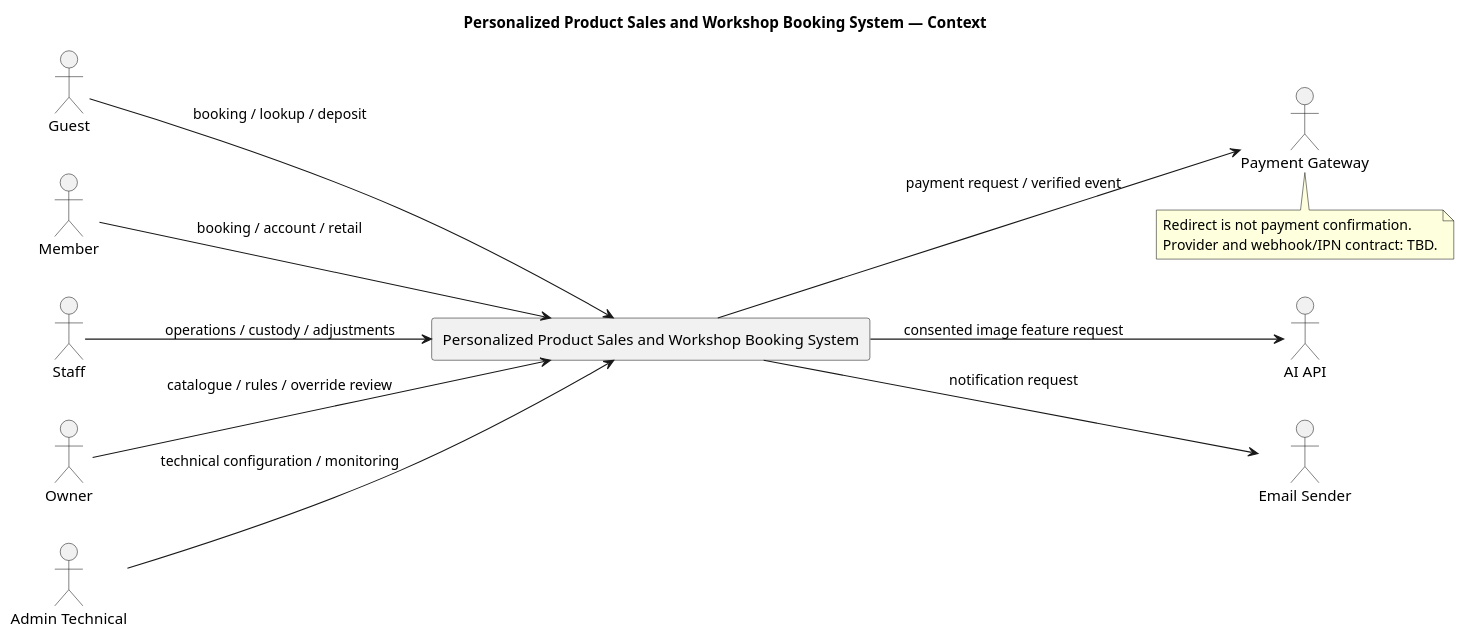
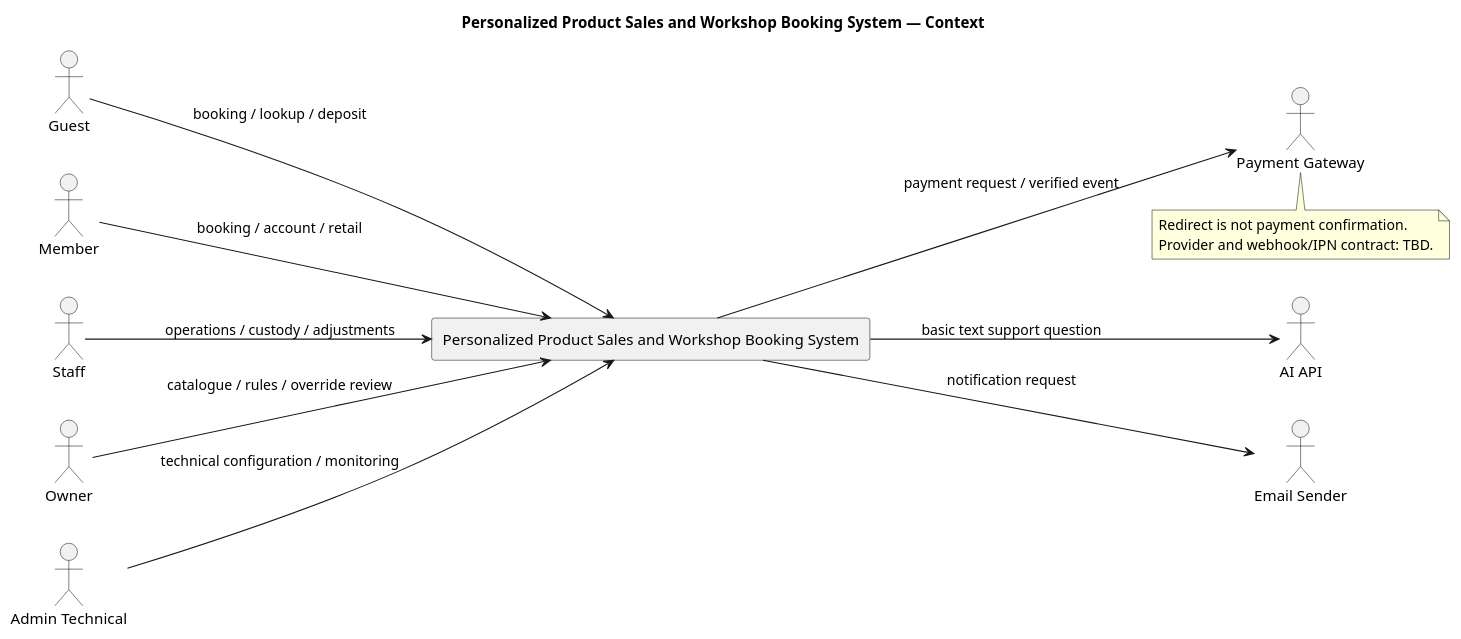
One commit to quoc-ca/mland-operations-hub changed the diagram in documents/docs/report-3-software-requirement-specification/assets/diagrams/context.puml. Above: the diagram before and after it, drawn with PlantUML. The commit also changed 52 other files, not shown here.

```diff
--- a/documents/docs/report-3-software-requirement-specification/assets/diagrams/context.puml
+++ b/documents/docs/report-3-software-requirement-specification/assets/diagrams/context.puml
@@ -1,27 +1,27 @@
 @startuml
 !pragma charset UTF-8
 title Personalized Product Sales and Workshop Booking System — Context
 left to right direction
 skinparam shadowing false
 actor Guest
 actor Member
 actor Staff
 actor Owner
 actor "AI API" as AI
 actor "Email Sender" as Email
 actor "Payment Gateway" as Gateway
 actor "Admin Technical" as Admin
 rectangle "Personalized Product Sales and Workshop Booking System" as System
 Guest --> System : booking / lookup / deposit
 Member --> System : booking / account / retail
 Staff --> System : operations / custody / adjustments
 Owner --> System : catalogue / rules / override review
-System --> AI : consented image feature request
+System --> AI : basic text support question
 System --> Email : notification request
 System --> Gateway : payment request / verified event
 Admin --> System : technical configuration / monitoring
 note bottom of Gateway
 Redirect is not payment confirmation.
 Provider and webhook/IPN contract: TBD.
 end note
 @enduml
```
